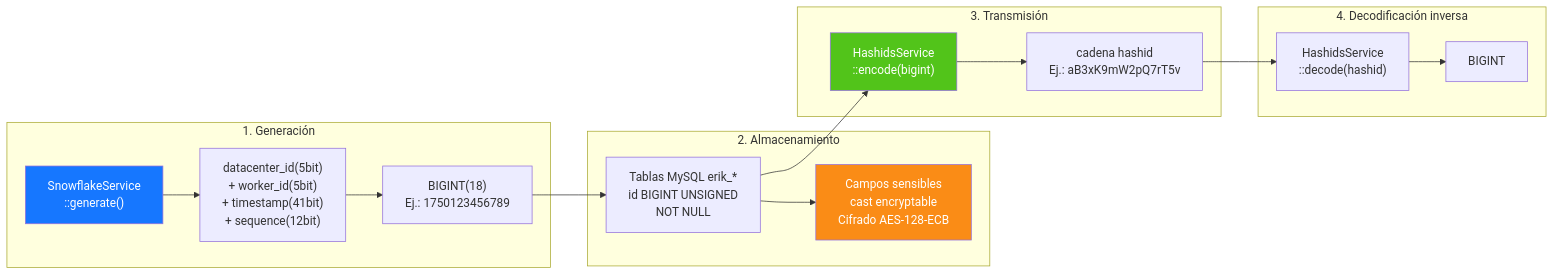
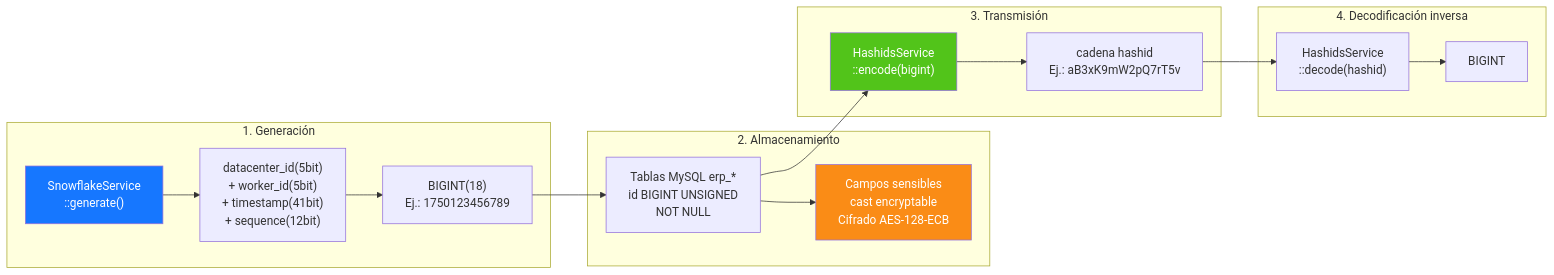
The seventh of 20 diagrams in docs/i18n/es/ARCHITECTURE.md (erikwang2013/erp-php), drawn with Mermaid before and after one commit. The commit also changed other lines of this file and 449 other files, not shown here.

First line of the commit message:
全局命名统一：数据库 erp、表前缀 erp_、Redis 前缀 erp:（原 erik_/open_admin）

````diff
--- a/docs/i18n/es/ARCHITECTURE.md
+++ b/docs/i18n/es/ARCHITECTURE.md
@@ -373,33 +373,33 @@
 ```mermaid
 flowchart LR
     subgraph "1. Generación"
         G1["SnowflakeService<br/>::generate()"]
         G2["datacenter_id(5bit)<br/>+ worker_id(5bit)<br/>+ timestamp(41bit)<br/>+ sequence(12bit)"]
         G3["BIGINT(18)<br/>Ej.: 1750123456789"]
         G1 --> G2 --> G3
     end
 
     subgraph "2. Almacenamiento"
-        S1["Tablas MySQL erik_*<br/>id BIGINT UNSIGNED<br/>NOT NULL"]
+        S1["Tablas MySQL erp_*<br/>id BIGINT UNSIGNED<br/>NOT NULL"]
         S2["Campos sensibles<br/>cast encryptable<br/>Cifrado AES-128-ECB"]
         G3 --> S1
         S1 --> S2
     end
 
     subgraph "3. Transmisión"
         T1["HashidsService<br/>::encode(bigint)"]
         T2["cadena hashid<br/>Ej.: aB3xK9mW2pQ7rT5v"]
         S1 --> T1
         T1 --> T2
     end
 
     subgraph "4. Decodificación inversa"
         R1["HashidsService<br/>::decode(hashid)"]
         R2["BIGINT"]
         T2 --> R1 --> R2
     end
 
     style G1 fill:#1677FF,color:#fff
     style T1 fill:#52C41A,color:#fff
     style S2 fill:#FA8C16,color:#fff
 ```
````
